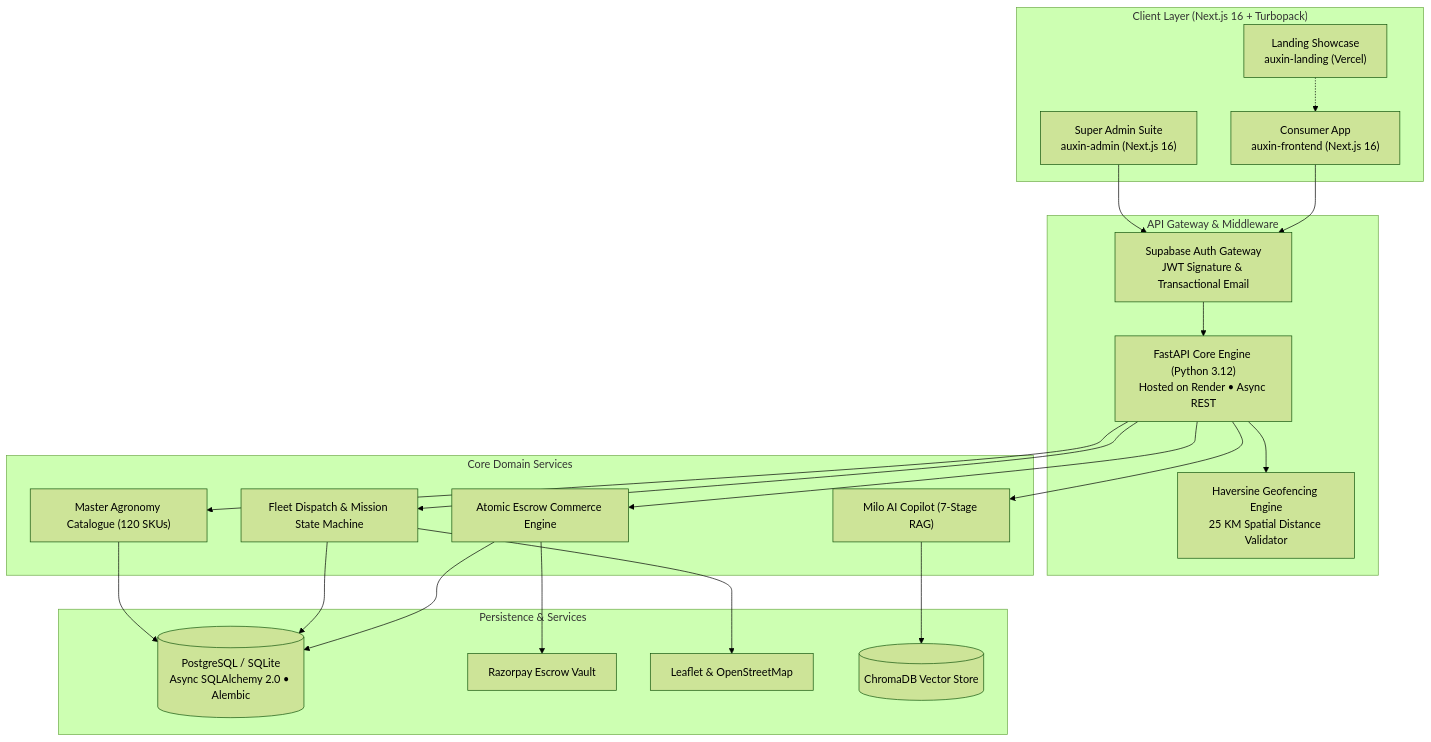
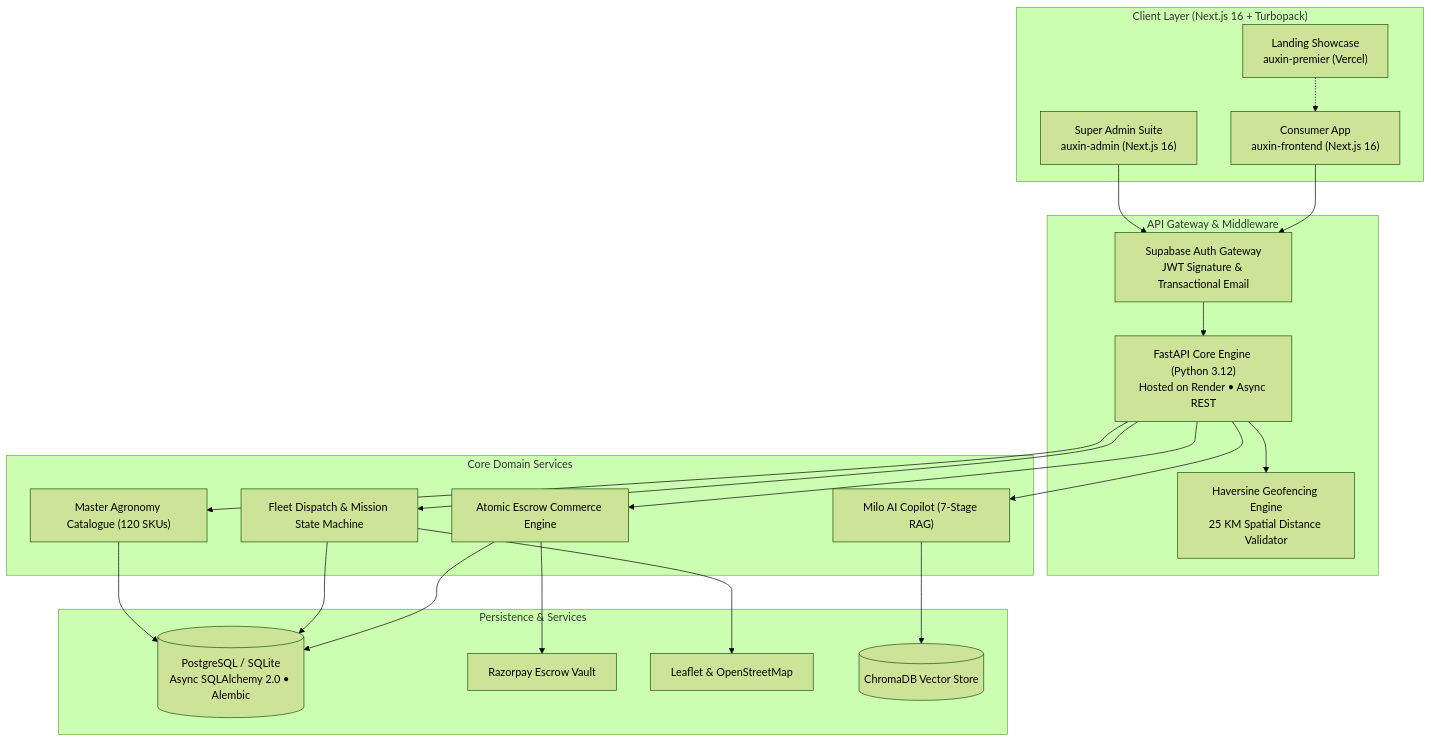
The second of 2 diagrams in README.md (SumanthMamidi-MNS/Auxin), drawn with Mermaid (forest theme) before and after one commit. The commit also changed other lines of this file and 18 other files, not shown here.

Commit message:
feat(docs): integrate Auxin golden emblem header, 4 balanced badge rows with zero-halo sheen, top 3 app screenshots, and update Vercel link

````diff
--- a/README.md
+++ b/README.md
@@ -250,45 +315,45 @@
 ```mermaid
 flowchart TB
     subgraph Clients["Client Layer (Next.js 16 + Turbopack)"]
-        CL["Landing Showcase<br>auxin-landing (Vercel)"]
+        CL["Landing Showcase<br>auxin-premier (Vercel)"]
         CF["Consumer App<br>auxin-frontend (Next.js 16)"]
         CA["Super Admin Suite<br>auxin-admin (Next.js 16)"]
     end
 
     subgraph Gateway["API Gateway & Middleware"]
         API["FastAPI Core Engine (Python 3.12)<br>Hosted on Render • Async REST"]
         AUTH["Supabase Auth Gateway<br>JWT Signature & Transactional Email"]
         GEO["Haversine Geofencing Engine<br>25 KM Spatial Distance Validator"]
     end
 
     subgraph Services["Core Domain Services"]
         ORD["Atomic Escrow Commerce Engine"]
         DEL["Fleet Dispatch & Mission State Machine"]
         CAT["Master Agronomy Catalogue (120 SKUs)"]
         MILO["Milo AI Copilot (7-Stage RAG)"]
     end
 
     subgraph Data["Persistence & Services"]
         DB[(PostgreSQL / SQLite<br>Async SQLAlchemy 2.0 • Alembic)]
         RP["Razorpay Escrow Vault"]
         OSM["Leaflet & OpenStreetMap"]
         VEC[(ChromaDB Vector Store)]
     end
 
     CL -.-> CF
     CF --> AUTH
     CA --> AUTH
     AUTH --> API
     API --> GEO
     API --> ORD
     API --> DEL
     API --> CAT
     API --> MILO
 
     ORD --> DB
     ORD --> RP
     DEL --> DB
     DEL --> OSM
     CAT --> DB
     MILO --> VEC
 ```
````
